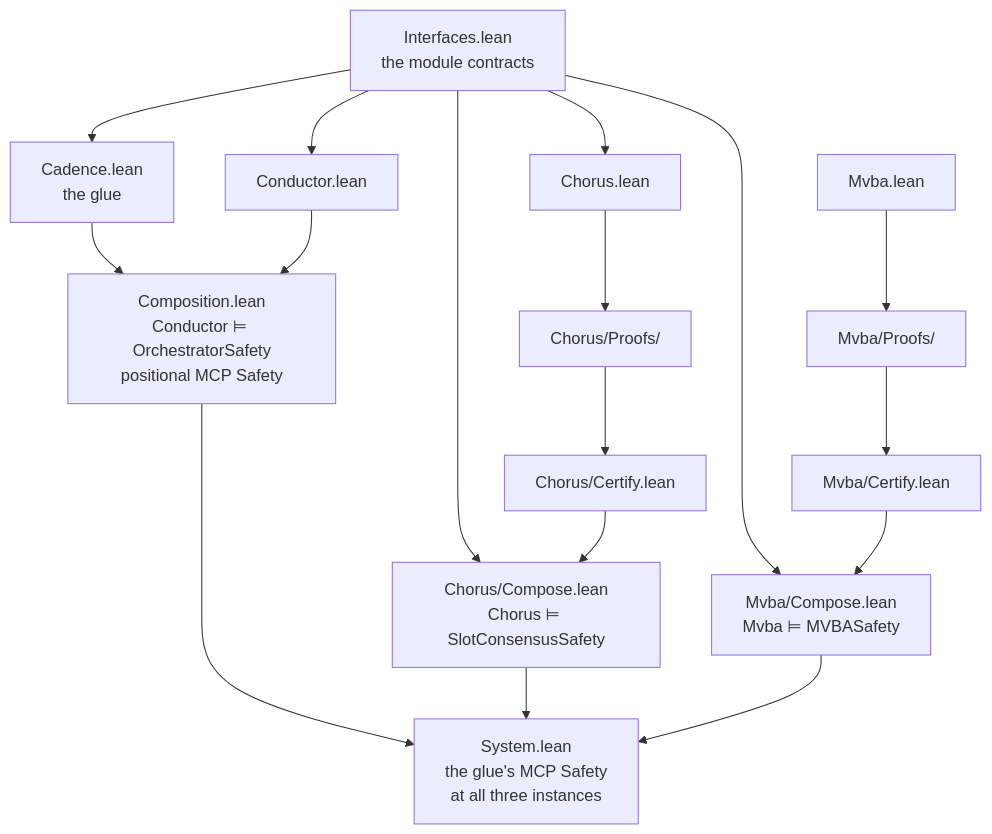
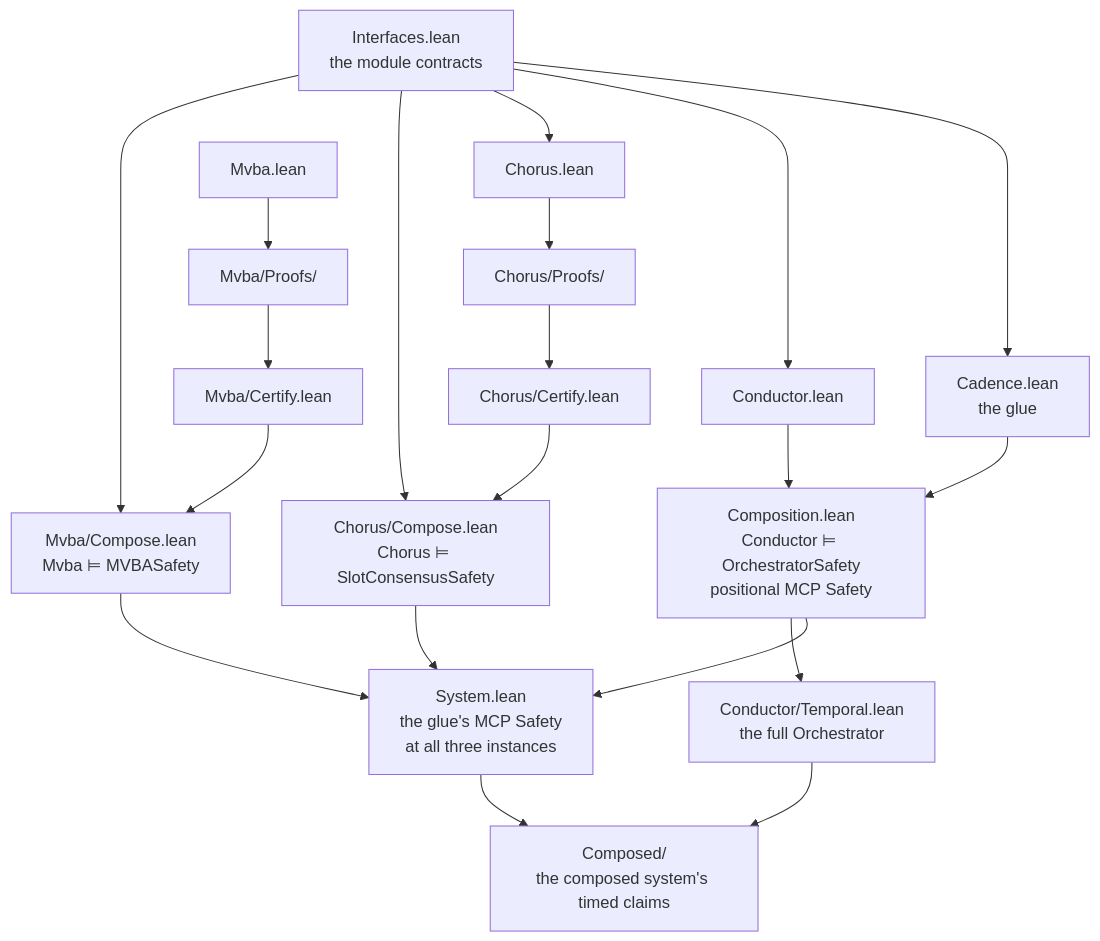
The diagram in README.md (larskuhtz/cadence), drawn with Mermaid before and after one commit. The commit also changed other lines of this file and 21 other files, not shown here.

````diff
--- a/README.md
+++ b/README.md
@@ -418,21 +205,25 @@
 ```mermaid
 flowchart TD
     IF["Interfaces.lean<br/>the module contracts"]
 
     IF --> GLUE["Cadence.lean<br/>the glue"]
     IF --> COND["Conductor.lean"]
     IF --> CHOR["Chorus.lean"]
     IF --> CCOMP["Chorus/Compose.lean<br/>Chorus ⊨ SlotConsensusSafety"]
     IF --> MCOMP["Mvba/Compose.lean<br/>Mvba ⊨ MVBASafety"]
 
     GLUE --> COMP["Composition.lean<br/>Conductor ⊨ OrchestratorSafety<br/>positional MCP Safety"]
     COND --> COMP
 
     CHOR --> CPROOFS["Chorus/Proofs/"] --> CCERT["Chorus/Certify.lean"] --> CCOMP
 
     MVBA["Mvba.lean"] --> MPROOFS["Mvba/Proofs/"] --> MCERT["Mvba/Certify.lean"] --> MCOMP
 
     COMP --> SYS["System.lean<br/>the glue's MCP Safety<br/>at all three instances"]
     CCOMP --> SYS
     MCOMP --> SYS
+
+    COMP --> CTEMP["Conductor/Temporal.lean<br/>the full Orchestrator"]
+    SYS --> COMPOSED["Composed/<br/>the composed system's timed claims"]
+    CTEMP --> COMPOSED
 ```
````
